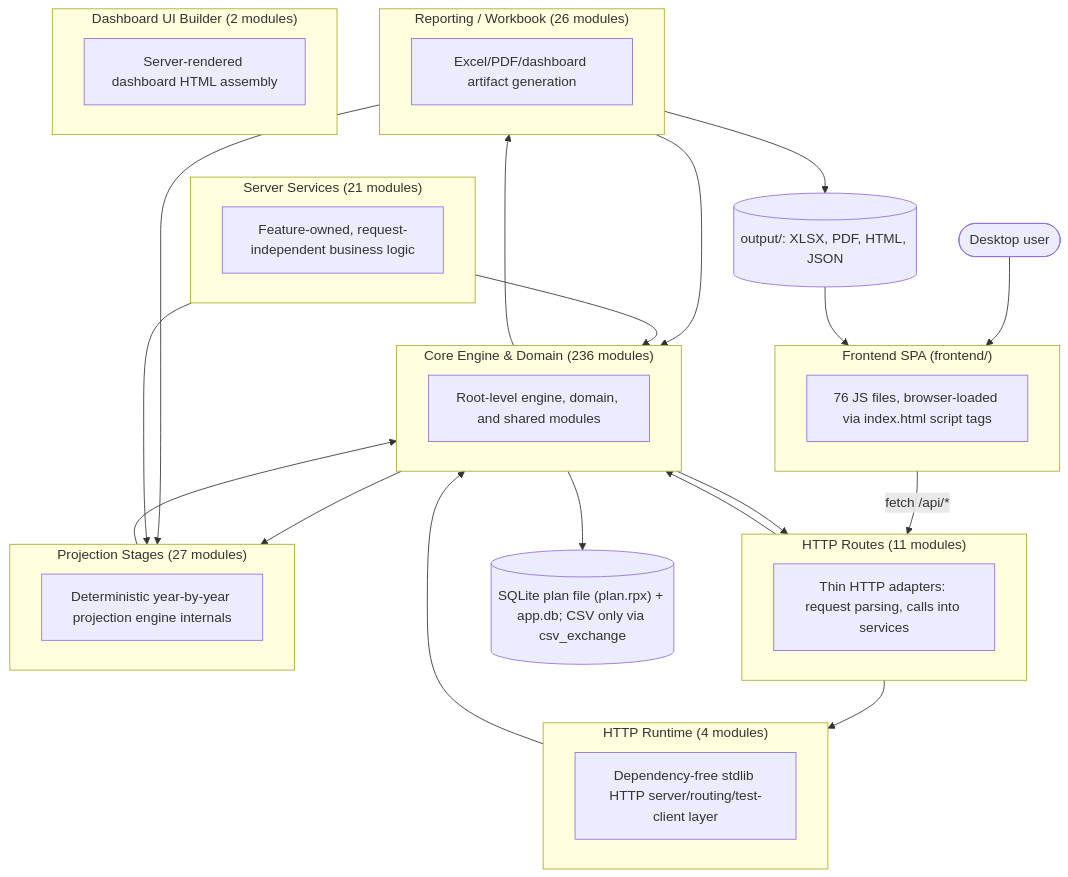
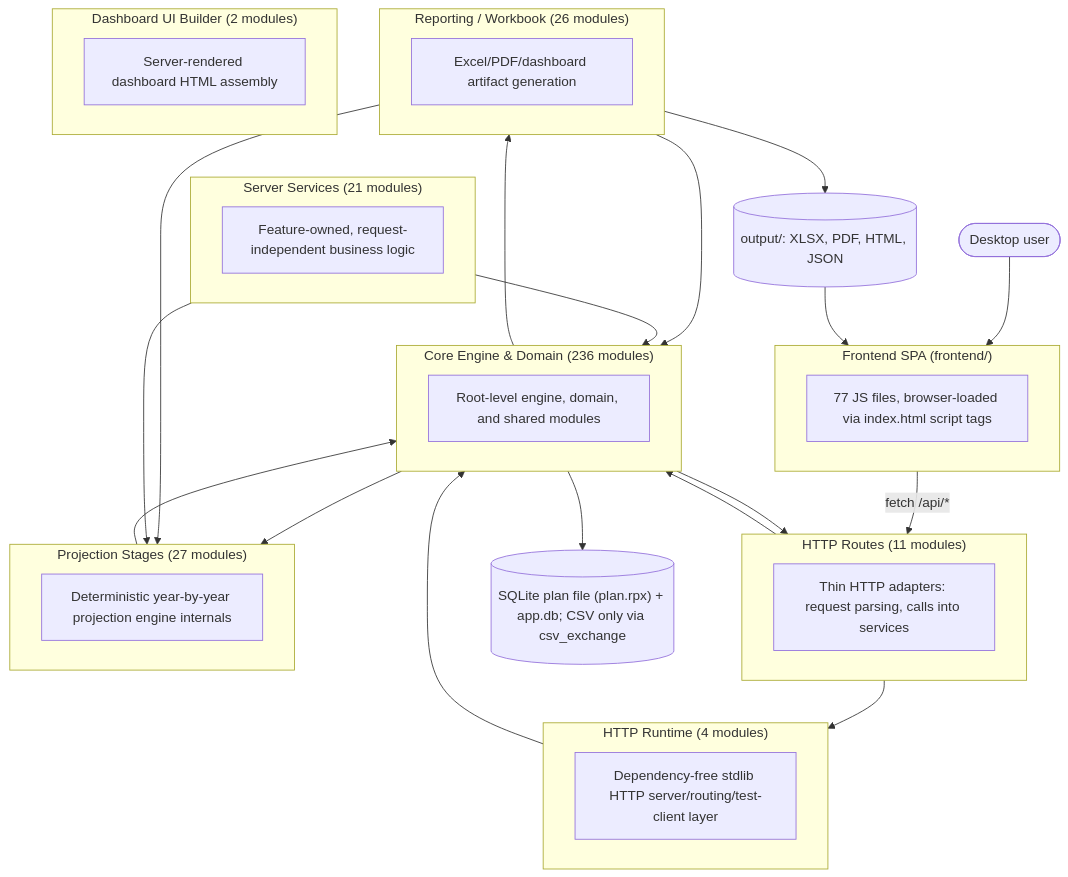
The first of 2 diagrams in documentation/reference/SYSTEM_ARCHITECTURE_DIAGRAM.md (matthartzman/retirement_system), drawn with Mermaid before and after one commit. The commit also changed other lines of this file and 6 other files, not shown here.

````diff
--- a/documentation/reference/SYSTEM_ARCHITECTURE_DIAGRAM.md
+++ b/documentation/reference/SYSTEM_ARCHITECTURE_DIAGRAM.md
@@ -11,43 +11,43 @@
 ```mermaid
 flowchart TB
     User(["Desktop user"]) --> FE
     subgraph FE["Frontend SPA (frontend/)"]
-        FEcount["76 JS files, browser-loaded via index.html script tags"]
+        FEcount["77 JS files, browser-loaded via index.html script tags"]
     end
     FE -->|fetch /api/*| L_HTTP_Routes
     subgraph L_HTTP_Routes["HTTP Routes (11 modules)"]
         L_HTTP_Routes_d["Thin HTTP adapters: request parsing, calls into services"]
     end
     subgraph L_Server_Services["Server Services (21 modules)"]
         L_Server_Services_d["Feature-owned, request-independent business logic"]
     end
     subgraph L_HTTP_Runtime["HTTP Runtime (4 modules)"]
         L_HTTP_Runtime_d["Dependency-free stdlib HTTP server/routing/test-client layer"]
     end
     subgraph L_Core_Engine___Domain["Core Engine & Domain (236 modules)"]
         L_Core_Engine___Domain_d["Root-level engine, domain, and shared modules"]
     end
     subgraph L_Projection_Stages["Projection Stages (27 modules)"]
         L_Projection_Stages_d["Deterministic year-by-year projection engine internals"]
     end
     subgraph L_Reporting___Workbook["Reporting / Workbook (26 modules)"]
         L_Reporting___Workbook_d["Excel/PDF/dashboard artifact generation"]
     end
     subgraph L_Dashboard_UI_Builder["Dashboard UI Builder (2 modules)"]
         L_Dashboard_UI_Builder_d["Server-rendered dashboard HTML assembly"]
     end
     L_Core_Engine___Domain --> L_HTTP_Routes
     L_Core_Engine___Domain --> L_Projection_Stages
     L_Core_Engine___Domain --> L_Reporting___Workbook
     L_HTTP_Routes --> L_Core_Engine___Domain
     L_HTTP_Routes --> L_HTTP_Runtime
     L_HTTP_Runtime --> L_Core_Engine___Domain
     L_Projection_Stages --> L_Core_Engine___Domain
     L_Reporting___Workbook --> L_Core_Engine___Domain
     L_Reporting___Workbook --> L_Projection_Stages
     L_Server_Services --> L_Core_Engine___Domain
     L_Server_Services --> L_Projection_Stages
     L_Core_Engine___Domain --> DB[("SQLite plan file (plan.rpx) + app.db; CSV only via csv_exchange")]
     L_Reporting___Workbook --> Outputs[("output/: XLSX, PDF, HTML, JSON")]
     Outputs --> FE
 ```
````
